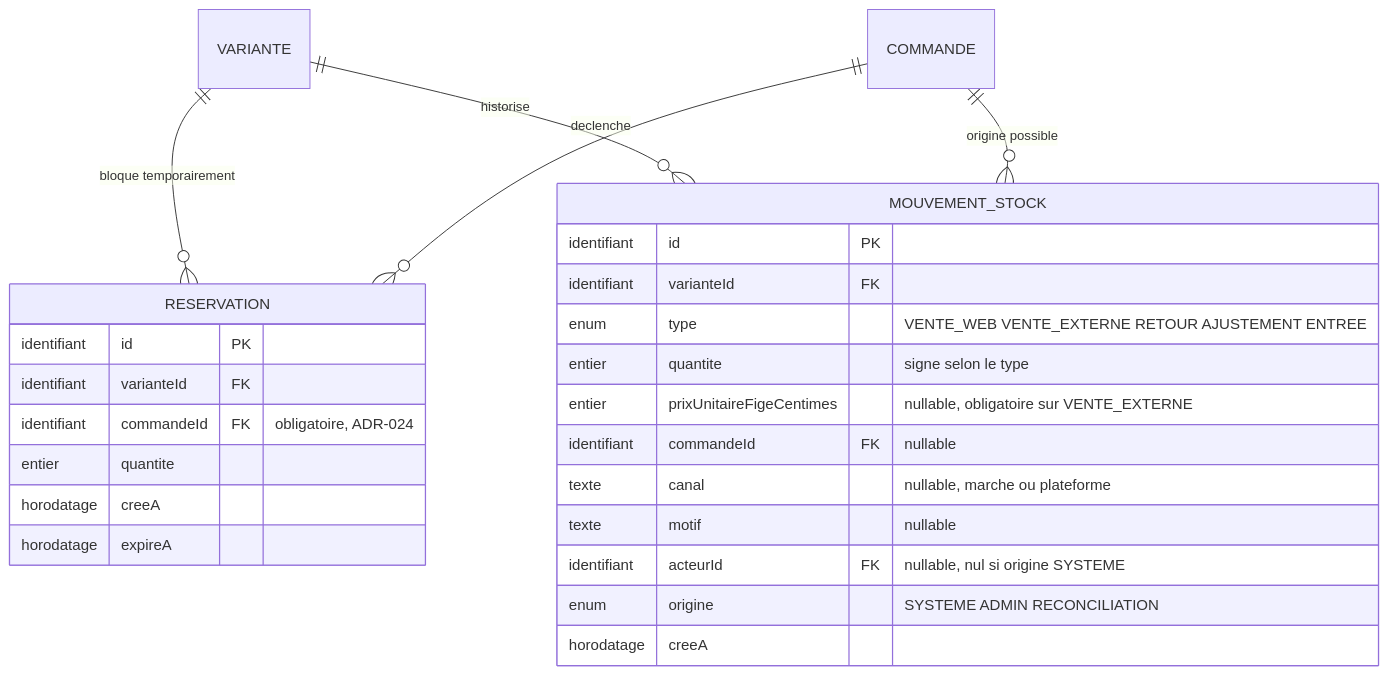
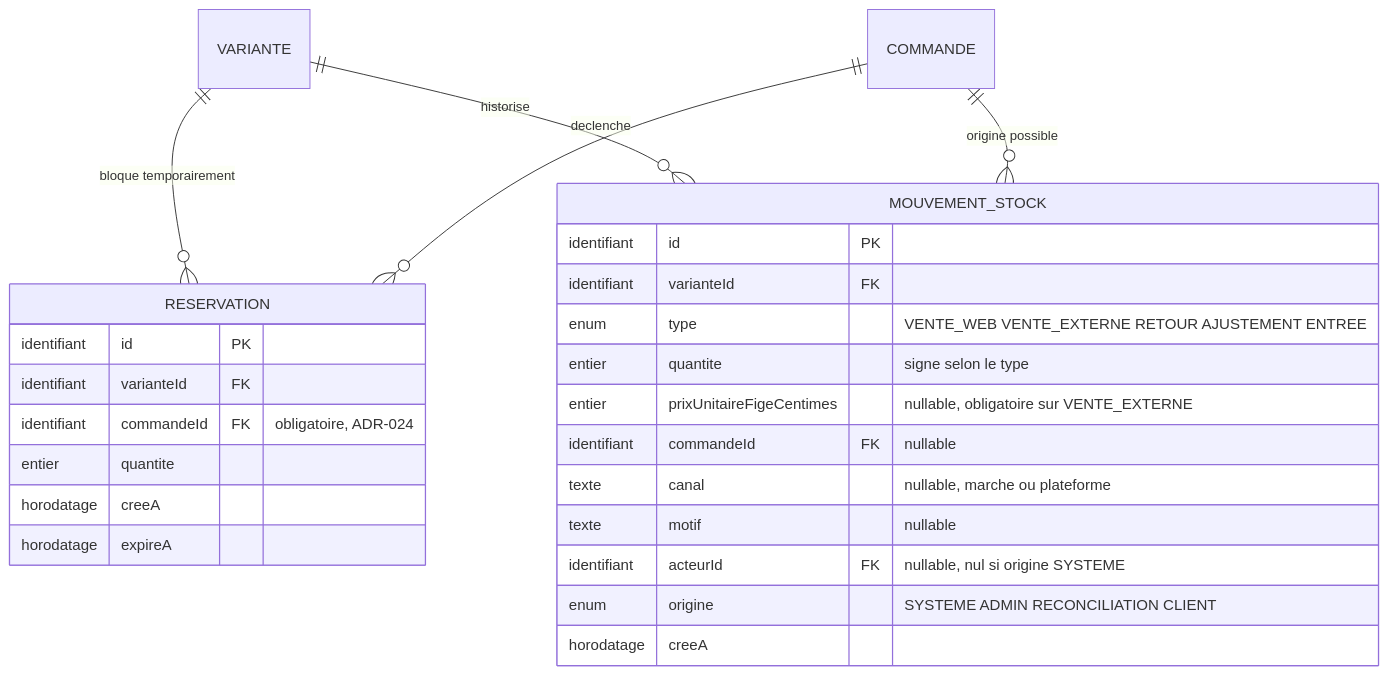
One commit to krismos64/lune-soleil changed the third of 9 diagrams in docs/architecture/MODELE-CONCEPTUEL.md. Above: the diagram before and after it, drawn with Mermaid. The commit also changed other lines of this file and 5 other files, not shown here.

Commit message:
test(LS-315): origine CLIENT et tests d'intégration de l'annulation, écrits avant le service

````diff
--- a/docs/architecture/MODELE-CONCEPTUEL.md
+++ b/docs/architecture/MODELE-CONCEPTUEL.md
@@ -339,29 +339,29 @@
 ```mermaid
 erDiagram
     VARIANTE ||--o{ RESERVATION : "bloque temporairement"
     VARIANTE ||--o{ MOUVEMENT_STOCK : "historise"
     COMMANDE ||--o{ RESERVATION : "declenche"
     COMMANDE ||--o{ MOUVEMENT_STOCK : "origine possible"
 
     RESERVATION {
         identifiant id PK
         identifiant varianteId FK
         identifiant commandeId FK "obligatoire, ADR-024"
         entier quantite
         horodatage creeA
         horodatage expireA
     }
     MOUVEMENT_STOCK {
         identifiant id PK
         identifiant varianteId FK
         enum type "VENTE_WEB VENTE_EXTERNE RETOUR AJUSTEMENT ENTREE"
         entier quantite "signe selon le type"
         entier prixUnitaireFigeCentimes "nullable, obligatoire sur VENTE_EXTERNE"
         identifiant commandeId FK "nullable"
         texte canal "nullable, marche ou plateforme"
         texte motif "nullable"
         identifiant acteurId FK "nullable, nul si origine SYSTEME"
-        enum origine "SYSTEME ADMIN RECONCILIATION"
+        enum origine "SYSTEME ADMIN RECONCILIATION CLIENT"
         horodatage creeA
     }
 ```
````
